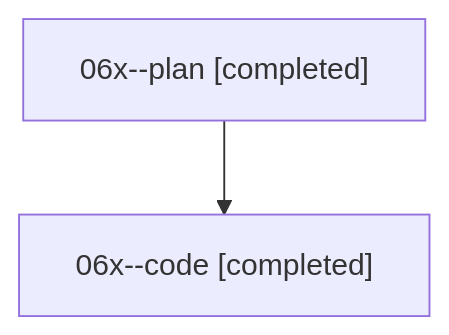
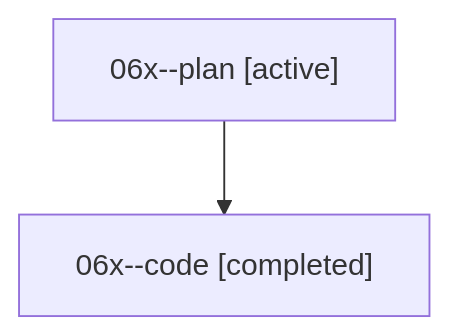
The diagram in families/bbugyi200.athena.06x.md (sase-org/sase--agents), drawn with Mermaid before and after one commit. The commit also changed other lines of this file and 35830 other files, not shown here.

````diff
--- a/families/bbugyi200.athena.06x.md
+++ b/families/bbugyi200.athena.06x.md
@@ -9,6 +9,6 @@
 ```mermaid
 flowchart TD
-  n0["06x--plan [completed]"]
+  n0["06x--plan [active]"]
   n1["06x--code [completed]"]
   n0 --> n1
 ```
````
